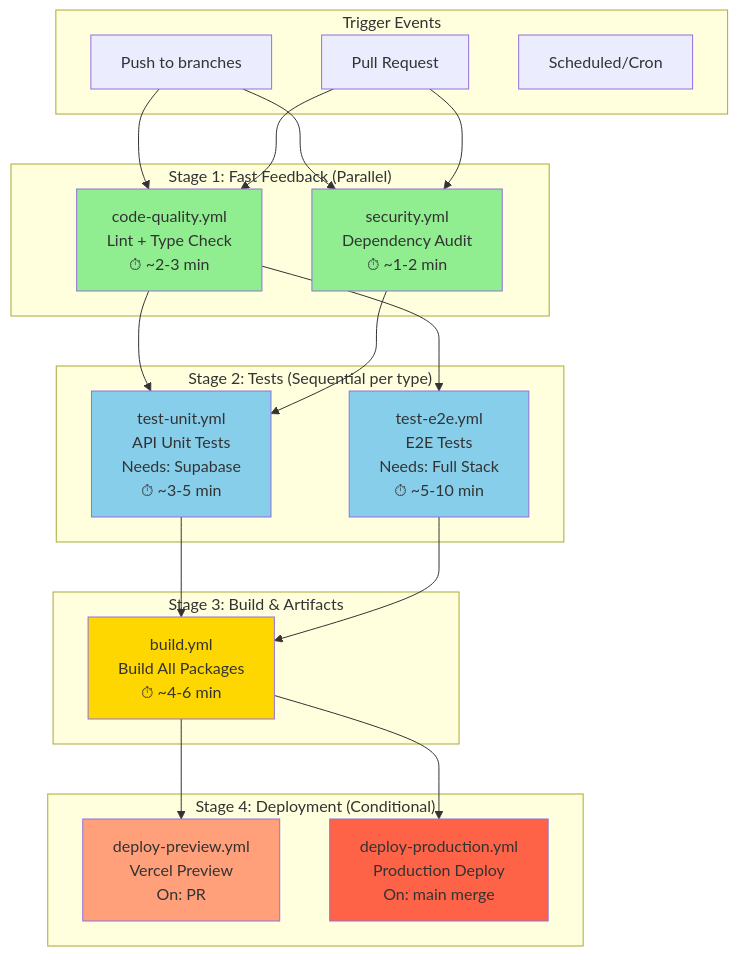
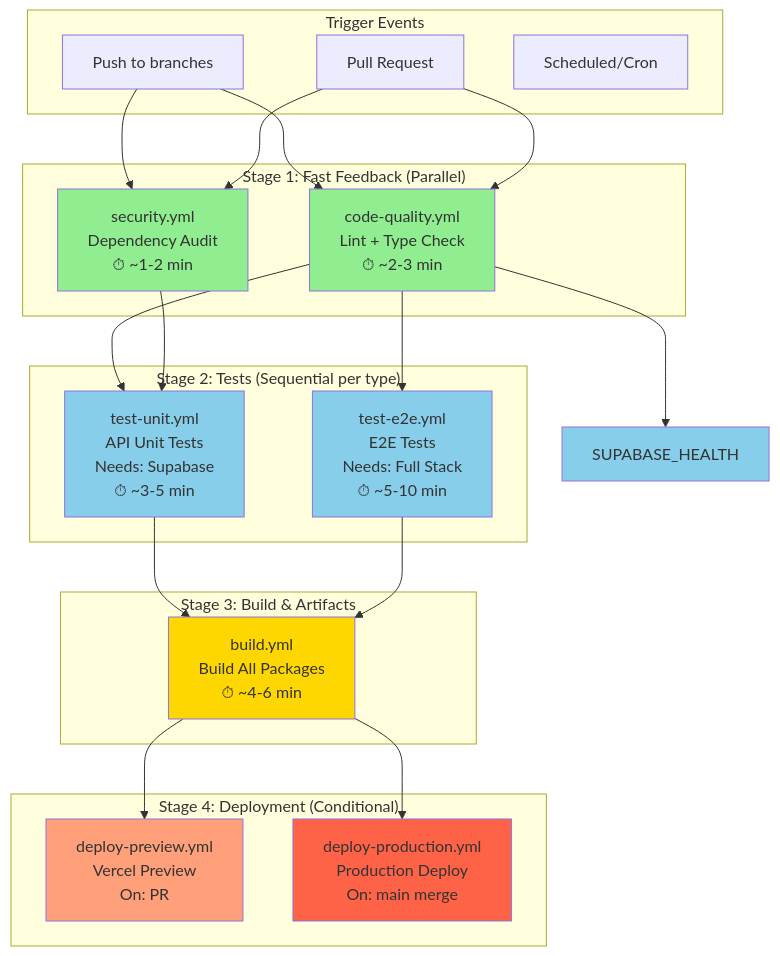
Before and after one commit to BrightonMboya/kilimo: the diagram in .github/WORKFLOWS_ARCHITECTURE.md, drawn with Mermaid. The commit also changed other lines of this file and 4 other files, not shown here.

````diff
--- a/.github/WORKFLOWS_ARCHITECTURE.md
+++ b/.github/WORKFLOWS_ARCHITECTURE.md
@@ -16,50 +16,52 @@
 ```mermaid
 graph TB
     subgraph "Trigger Events"
         PUSH[Push to branches]
         PR[Pull Request]
         SCHEDULE[Scheduled/Cron]
     end
 
     subgraph "Stage 1: Fast Feedback (Parallel)"
         LINT[code-quality.yml<br/>Lint + Type Check<br/>⏱ ~2-3 min]
         SECURITY[security.yml<br/>Dependency Audit<br/>⏱ ~1-2 min]
     end
 
     subgraph "Stage 2: Tests (Sequential per type)"
         TEST_UNIT[test-unit.yml<br/>API Unit Tests<br/>Needs: Supabase<br/>⏱ ~3-5 min]
         TEST_E2E[test-e2e.yml<br/>E2E Tests<br/>Needs: Full Stack<br/>⏱ ~5-10 min]
     end
 
     subgraph "Stage 3: Build & Artifacts"
         BUILD[build.yml<br/>Build All Packages<br/>⏱ ~4-6 min]
     end
 
     subgraph "Stage 4: Deployment (Conditional)"
         PREVIEW[deploy-preview.yml<br/>Vercel Preview<br/>On: PR]
         PROD[deploy-production.yml<br/>Production Deploy<br/>On: main merge]
     end
 
     PUSH --> LINT
     PUSH --> SECURITY
     PR --> LINT
     PR --> SECURITY
 
+    LINT --> SUPABASE_HEALTH
     LINT --> TEST_UNIT
     LINT --> TEST_E2E
     SECURITY --> TEST_UNIT
 
     TEST_UNIT --> BUILD
     TEST_E2E --> BUILD
 
     BUILD --> PREVIEW
     BUILD --> PROD
 
     style LINT fill:#90EE90
     style SECURITY fill:#90EE90
+    style SUPABASE_HEALTH fill:#87CEEB
     style TEST_UNIT fill:#87CEEB
     style TEST_E2E fill:#87CEEB
     style BUILD fill:#FFD700
     style PREVIEW fill:#FFA07A
     style PROD fill:#FF6347
 ```
````
